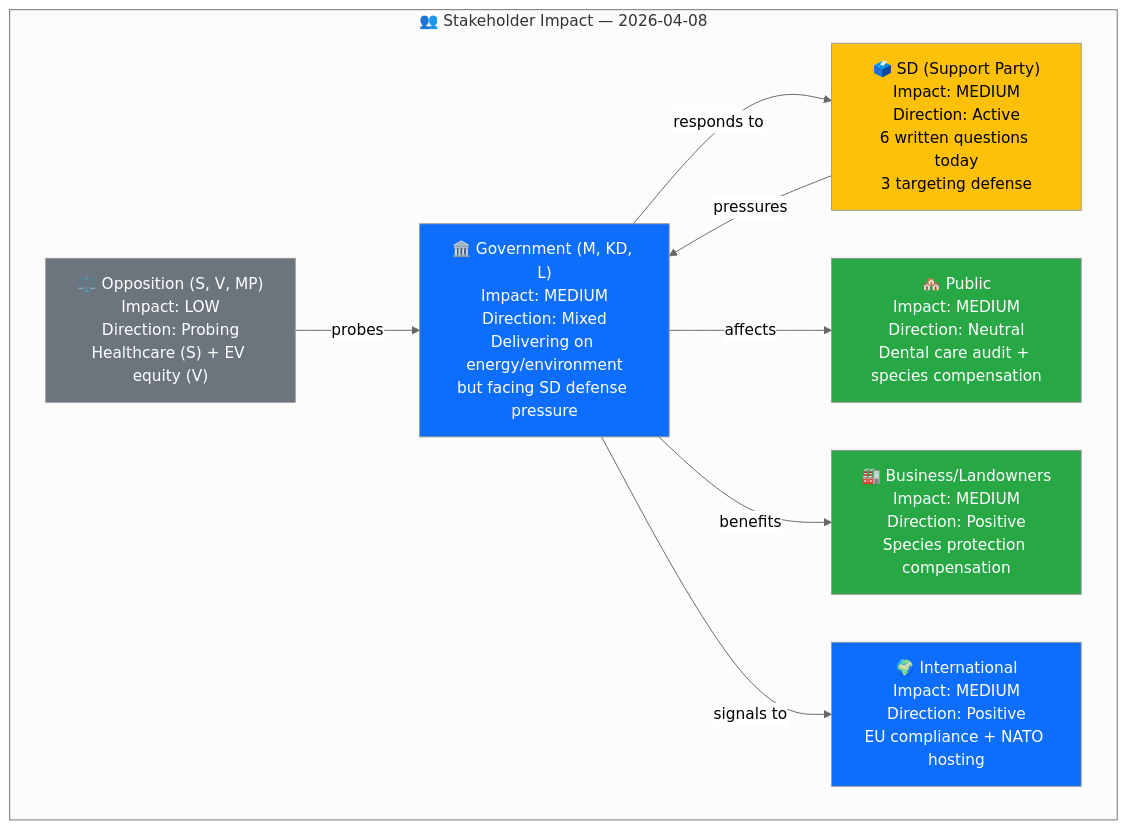
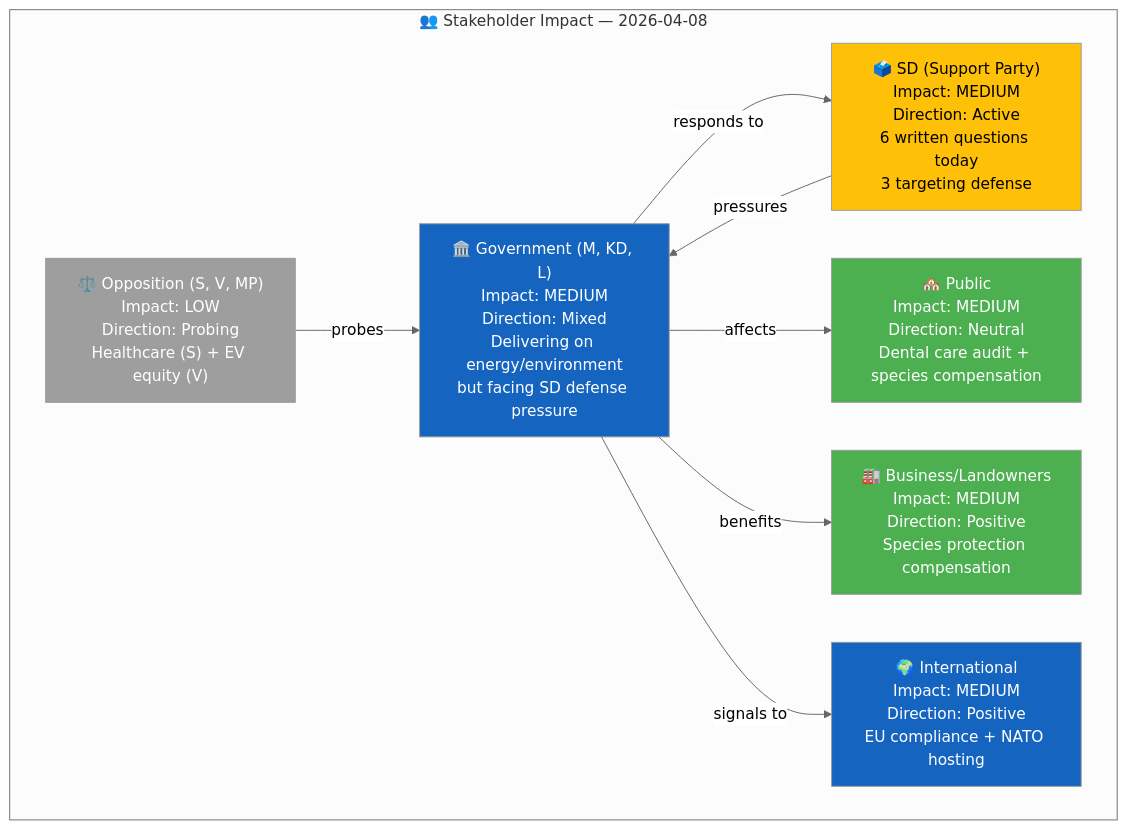
Before and after one commit to Hack23/riksdagsmonitor: the diagram in analysis/daily/2026-04-08/realtime-1433/stakeholder-perspectives.md, drawn with Mermaid (neutral theme). The commit also changed 785 other files, not shown here.

First line of the commit message:
Normalize mermaid colors across 786 analysis artifacts to ISMS Style Guide palette

````diff
--- a/analysis/daily/2026-04-08/realtime-1433/stakeholder-perspectives.md
+++ b/analysis/daily/2026-04-08/realtime-1433/stakeholder-perspectives.md
@@ -10,25 +10,25 @@
 ```mermaid
 graph TD
     subgraph "👥 Stakeholder Impact — 2026-04-08"
         GOV["🏛️ Government (M, KD, L)<br/>Impact: MEDIUM<br/>Direction: Mixed<br/>Delivering on energy/environment<br/>but facing SD defense pressure"]
         SD["🗳️ SD (Support Party)<br/>Impact: MEDIUM<br/>Direction: Active<br/>6 written questions today<br/>3 targeting defense"]
         OPP["⚖️ Opposition (S, V, MP)<br/>Impact: LOW<br/>Direction: Probing<br/>Healthcare (S) + EV equity (V)"]
         PUB["🏘️ Public<br/>Impact: MEDIUM<br/>Direction: Neutral<br/>Dental care audit + species compensation"]
         BIZ["🏭 Business/Landowners<br/>Impact: MEDIUM<br/>Direction: Positive<br/>Species protection compensation"]
         INT["🌍 International<br/>Impact: MEDIUM<br/>Direction: Positive<br/>EU compliance + NATO hosting"]
     end
 
     GOV -->|"responds to"| SD
     SD -->|"pressures"| GOV
     OPP -->|"probes"| GOV
     GOV -->|"affects"| PUB
     GOV -->|"benefits"| BIZ
     GOV -->|"signals to"| INT
 
-    style GOV fill:#0d6efd,color:#fff
-    style SD fill:#ffc107,color:#000
-    style OPP fill:#6c757d,color:#fff
-    style PUB fill:#28a745,color:#fff
-    style BIZ fill:#28a745,color:#fff
-    style INT fill:#0d6efd,color:#fff
+    style GOV fill:#1565C0,color:#FFFFFF
+    style SD fill:#FFC107,color:#000000
+    style OPP fill:#9E9E9E,color:#FFFFFF
+    style PUB fill:#4CAF50,color:#FFFFFF
+    style BIZ fill:#4CAF50,color:#FFFFFF
+    style INT fill:#1565C0,color:#FFFFFF
 ```
````
